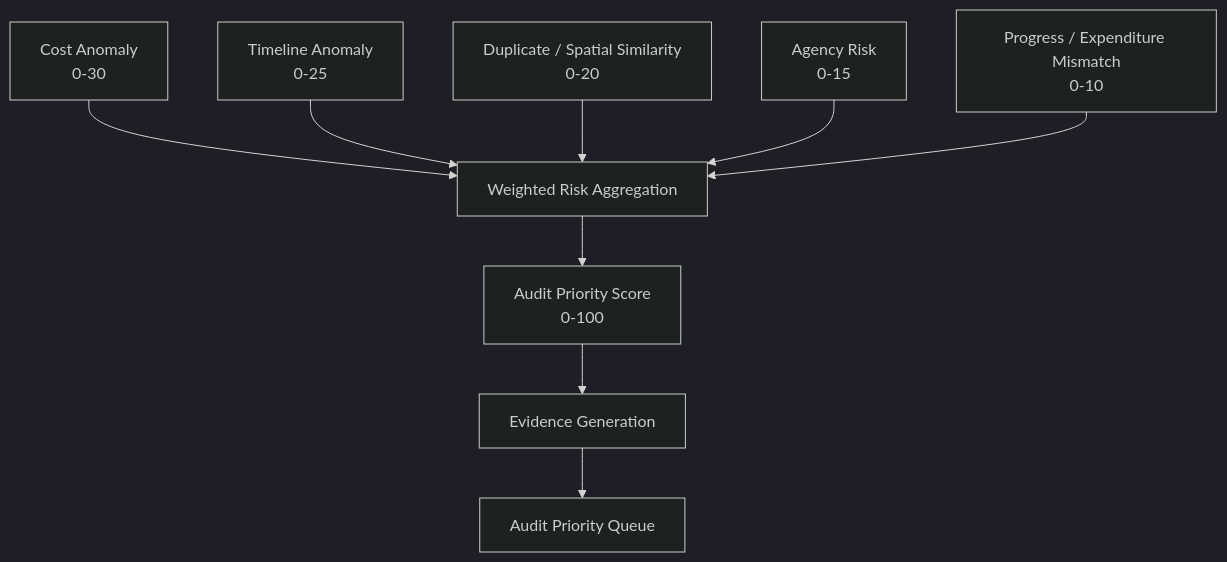
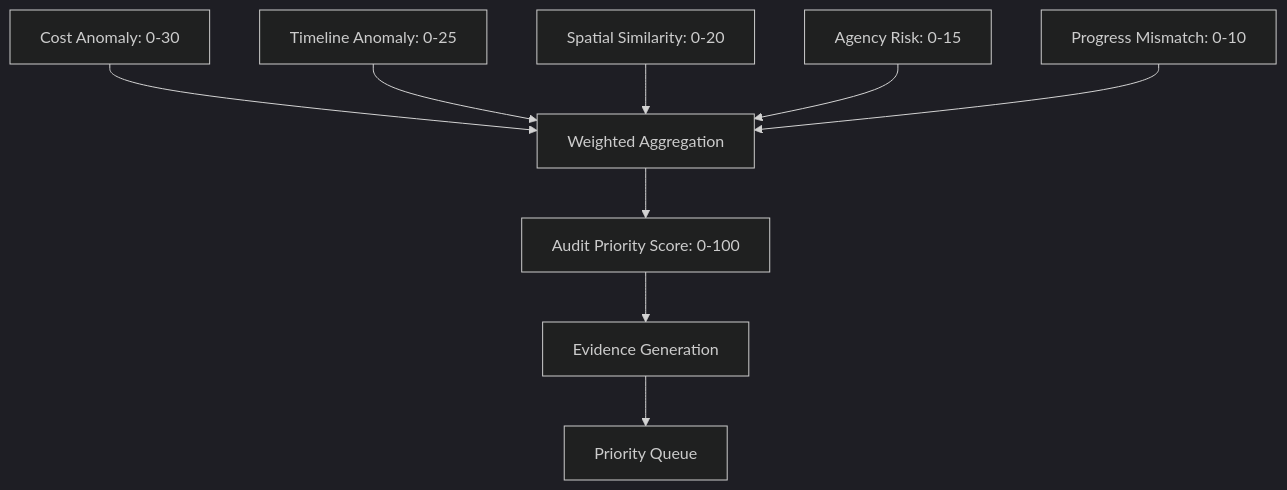
The second of 17 diagrams in README.md (the-nidhi-bhat/mplads-sentinel), drawn with Mermaid (dark theme) before and after one commit. The commit also changed other lines of this file, not shown here.

````diff
--- a/README.md
+++ b/README.md
@@ -98,12 +106,11 @@
 ```mermaid
 flowchart TB
-    A["Cost Anomaly<br/>0-30"] --> F["Weighted Risk Aggregation"]
-    B["Timeline Anomaly<br/>0-25"] --> F
-    C["Duplicate / Spatial Similarity<br/>0-20"] --> F
-    D["Agency Risk<br/>0-15"] --> F
-    E["Progress / Expenditure Mismatch<br/>0-10"] --> F
-
-    F --> G["Audit Priority Score<br/>0-100"]
+    A["Cost Anomaly: 0-30"] --> F["Weighted Aggregation"]
+    B["Timeline Anomaly: 0-25"] --> F
+    C["Spatial Similarity: 0-20"] --> F
+    D["Agency Risk: 0-15"] --> F
+    E["Progress Mismatch: 0-10"] --> F
+    F --> G["Audit Priority Score: 0-100"]
     G --> H["Evidence Generation"]
-    H --> I["Audit Priority Queue"]
+    H --> I["Priority Queue"]
 ```
````
